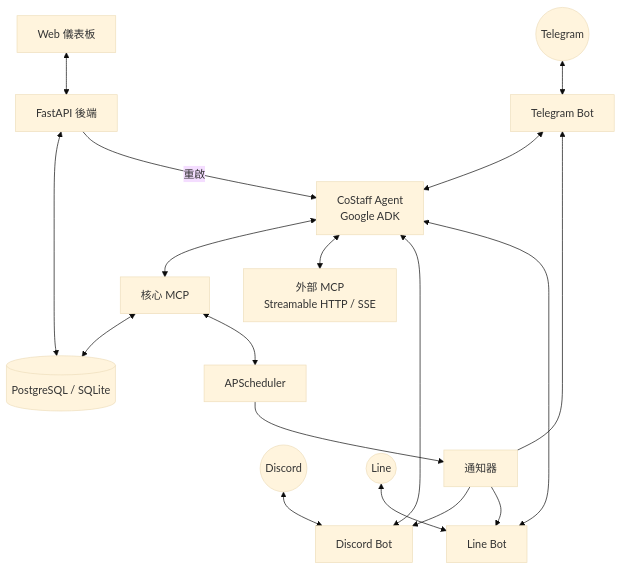
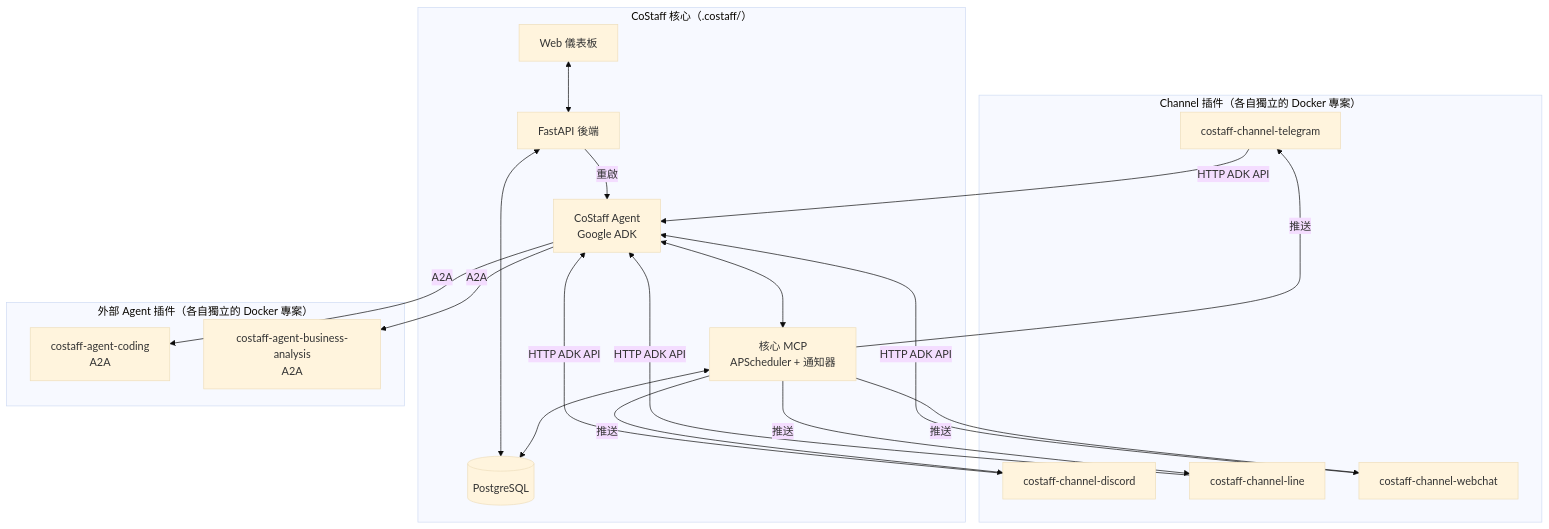
The diagram in README_zhtw.md (pellera9/costaff), drawn with Mermaid (base theme) before and after one commit. The commit also changed other lines of this file and 20 other files, not shown here.

First line of the commit message:
feat: improve UX, security, and architecture

````diff
--- a/README_zhtw.md
+++ b/README_zhtw.md
@@ -51,20 +53,31 @@
 ```mermaid
 graph TD
-    User_TG((Telegram)) <--> Bot_TG[Telegram Bot]
-    User_DC((Discord)) <--> Bot_DC[Discord Bot]
-    User_LN((Line)) <--> Bot_LN[Line Bot]
+    subgraph Channels ["Channel 插件（各自獨立的 Docker 專案）"]
+        CH_TG[costaff-channel-telegram]
+        CH_DC[costaff-channel-discord]
+        CH_LN[costaff-channel-line]
+        CH_WEB[costaff-channel-webchat]
+    end
 
-    Bot_TG & Bot_DC & Bot_LN <--> CoStaffAgent[CoStaff Agent\nGoogle ADK]
+    subgraph Core ["CoStaff 核心（.costaff/）"]
+        CoStaffAgent[CoStaff Agent\nGoogle ADK]
+        MCP_Core[核心 MCP\nAPScheduler + 通知器]
+        DB[(PostgreSQL)]
+        API[FastAPI 後端]
+        Dashboard[Web 儀表板]
+    end
 
-    CoStaffAgent <--> MCP_Core[核心 MCP]
-    CoStaffAgent <--> MCP_Ext[外部 MCP\nStreamable HTTP / SSE]
+    subgraph Agents ["外部 Agent 插件（各自獨立的 Docker 專案）"]
+        AG_CODE[costaff-agent-coding\nA2A]
+        AG_BA[costaff-agent-business-analysis\nA2A]
+    end
 
-    MCP_Core <--> DB[(PostgreSQL / SQLite)]
-    MCP_Core <--> Scheduler[APScheduler]
-    Scheduler --> Notifier[通知器]
-    Notifier --> Bot_TG & Bot_DC & Bot_LN
-
-    Dashboard[Web 儀表板] <--> API[FastAPI 後端]
+    CH_TG & CH_DC & CH_LN & CH_WEB -->|HTTP ADK API| CoStaffAgent
+    CoStaffAgent <--> MCP_Core
+    CoStaffAgent -->|A2A| AG_CODE & AG_BA
+    MCP_Core <--> DB
+    MCP_Core -->|推送| CH_TG & CH_DC & CH_LN & CH_WEB
+    Dashboard <--> API
     API <--> DB
     API -->|重啟| CoStaffAgent
 ```
````
